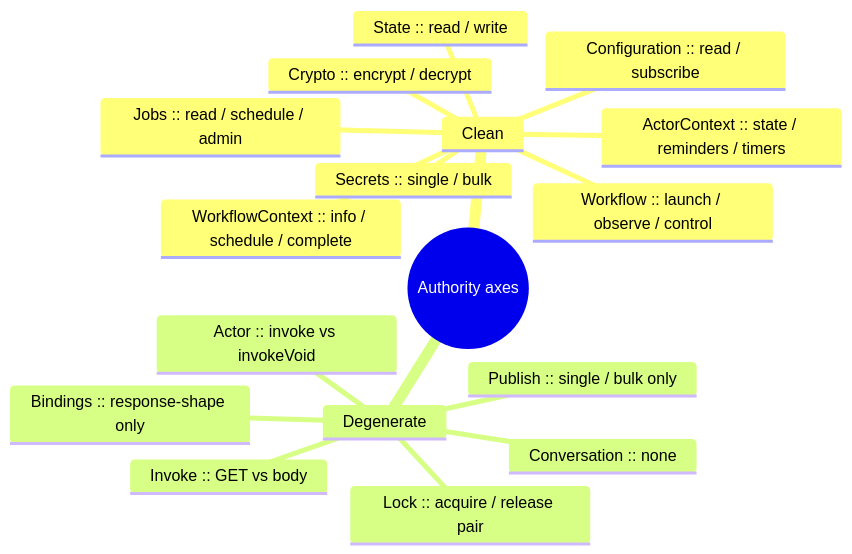
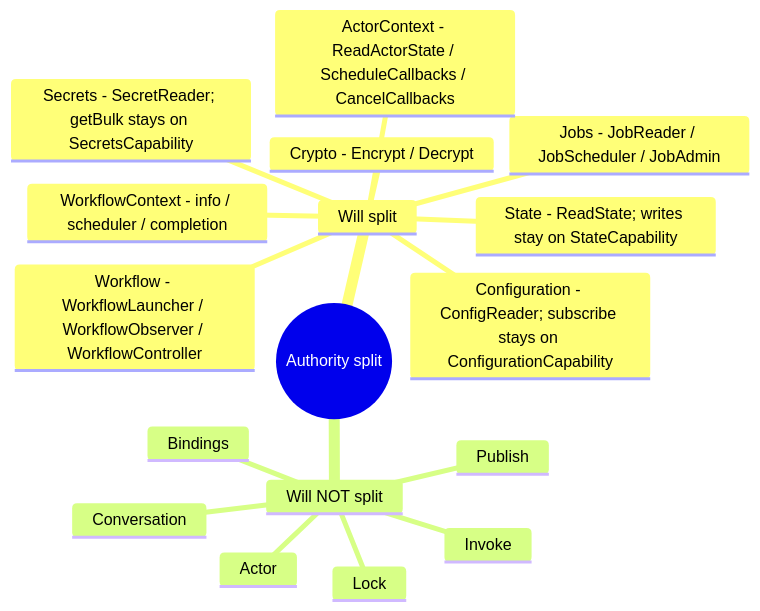
Before and after one commit to sideeffffect/dapr4s: diagram 36 of 36 in docs/CAPABILITY-SPLITS.md, drawn with Mermaid. The commit also changed other lines of this file, not shown here.

First line of the commit message:
docs: refine authority-split section per review

````diff
--- a/docs/CAPABILITY-SPLITS.md
+++ b/docs/CAPABILITY-SPLITS.md
@@ -827,20 +798,20 @@
 ```mermaid
 mindmap
-  root((Authority axes))
-    Clean
-      State :: read / write
-      Crypto :: encrypt / decrypt
-      Secrets :: single / bulk
-      Configuration :: read / subscribe
-      Workflow :: launch / observe / control
-      Jobs :: read / schedule / admin
-      ActorContext :: state / reminders / timers
-      WorkflowContext :: info / schedule / complete
-    Degenerate
-      Publish :: single / bulk only
-      Bindings :: response-shape only
-      Lock :: acquire / release pair
-      Invoke :: GET vs body
-      Actor :: invoke vs invokeVoid
-      Conversation :: none
+  root((Authority split))
+    Will split
+      State - ReadState; writes stay on StateCapability
+      Crypto - Encrypt / Decrypt
+      Secrets - SecretReader; getBulk stays on SecretsCapability
+      Configuration - ConfigReader; subscribe stays on ConfigurationCapability
+      Workflow - WorkflowLauncher / WorkflowObserver / WorkflowController
+      Jobs - JobReader / JobScheduler / JobAdmin
+      ActorContext - ReadActorState / ScheduleCallbacks / CancelCallbacks
+      WorkflowContext - info / scheduler / completion
+    Will NOT split
+      Publish
+      Bindings
+      Lock
+      Invoke
+      Actor
+      Conversation
 ```
````
